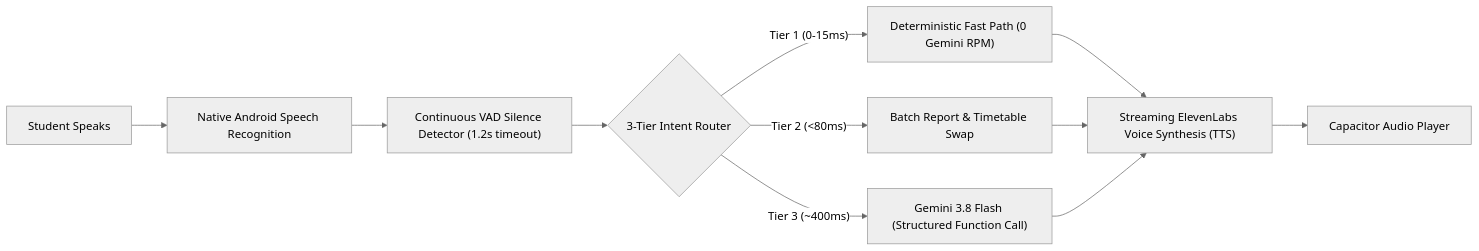
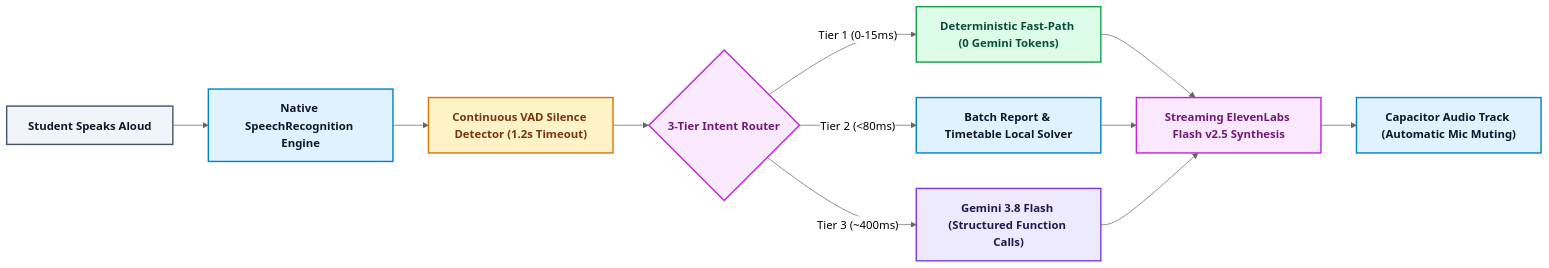
One commit to nrai18/AttendX changed the second of 19 diagrams in README.md. Above: the diagram before and after it, drawn with Mermaid (neutral theme). The commit also changed other lines of this file and 78 other files, not shown here.

````diff
--- a/README.md
+++ b/README.md
@@ -196,11 +205,19 @@
 ```mermaid
 flowchart LR
-    A["Student Speaks"] --> B["Native Android Speech Recognition"]
-    B --> C["Continuous VAD Silence Detector (1.2s timeout)"]
-    C --> D{"3-Tier Intent Router"}
-    D -- Tier 1 (0-15ms) --> E["Deterministic Fast Path (0 Gemini RPM)"]
-    D -- Tier 2 (<80ms) --> F["Batch Report & Timetable Swap"]
-    D -- Tier 3 (~400ms) --> G["Gemini 3.8 Flash (Structured Function Call)"]
-    E & F & G --> H["Streaming ElevenLabs Voice Synthesis (TTS)"]
-    H --> I["Capacitor Audio Player"]
+    classDef client fill:#e0f2fe,stroke:#0284c7,stroke-width:2px,color:#0f172a,font-weight:bold;
+    classDef server fill:#ede9fe,stroke:#7c3aed,stroke-width:2px,color:#1e1b4b,font-weight:bold;
+    classDef db fill:#dcfce7,stroke:#16a34a,stroke-width:2px,color:#064e3b,font-weight:bold;
+    classDef cache fill:#fef3c7,stroke:#d97706,stroke-width:2px,color:#78350f,font-weight:bold;
+    classDef ai fill:#fae8ff,stroke:#c026d3,stroke-width:2px,color:#701a75,font-weight:bold;
+    classDef warn fill:#fee2e2,stroke:#dc2626,stroke-width:2px,color:#7f1d1d,font-weight:bold;
+    classDef action fill:#f1f5f9,stroke:#475569,stroke-width:2px,color:#0f172a,font-weight:bold;
+
+    A["Student Speaks Aloud"]:::action --> B["Native SpeechRecognition Engine"]:::client
+    B --> C["Continuous VAD Silence Detector (1.2s Timeout)"]:::cache
+    C --> D{"3-Tier Intent Router"}:::ai
+    D -- Tier 1 (0-15ms) --> E["Deterministic Fast-Path (0 Gemini Tokens)"]:::db
+    D -- Tier 2 (<80ms) --> F["Batch Report & Timetable Local Solver"]:::client
+    D -- Tier 3 (~400ms) --> G["Gemini 3.8 Flash (Structured Function Calls)"]:::server
+    E & F & G --> H["Streaming ElevenLabs Flash v2.5 Synthesis"]:::ai
+    H --> I["Capacitor Audio Track (Automatic Mic Muting)"]:::client
 ```
````
